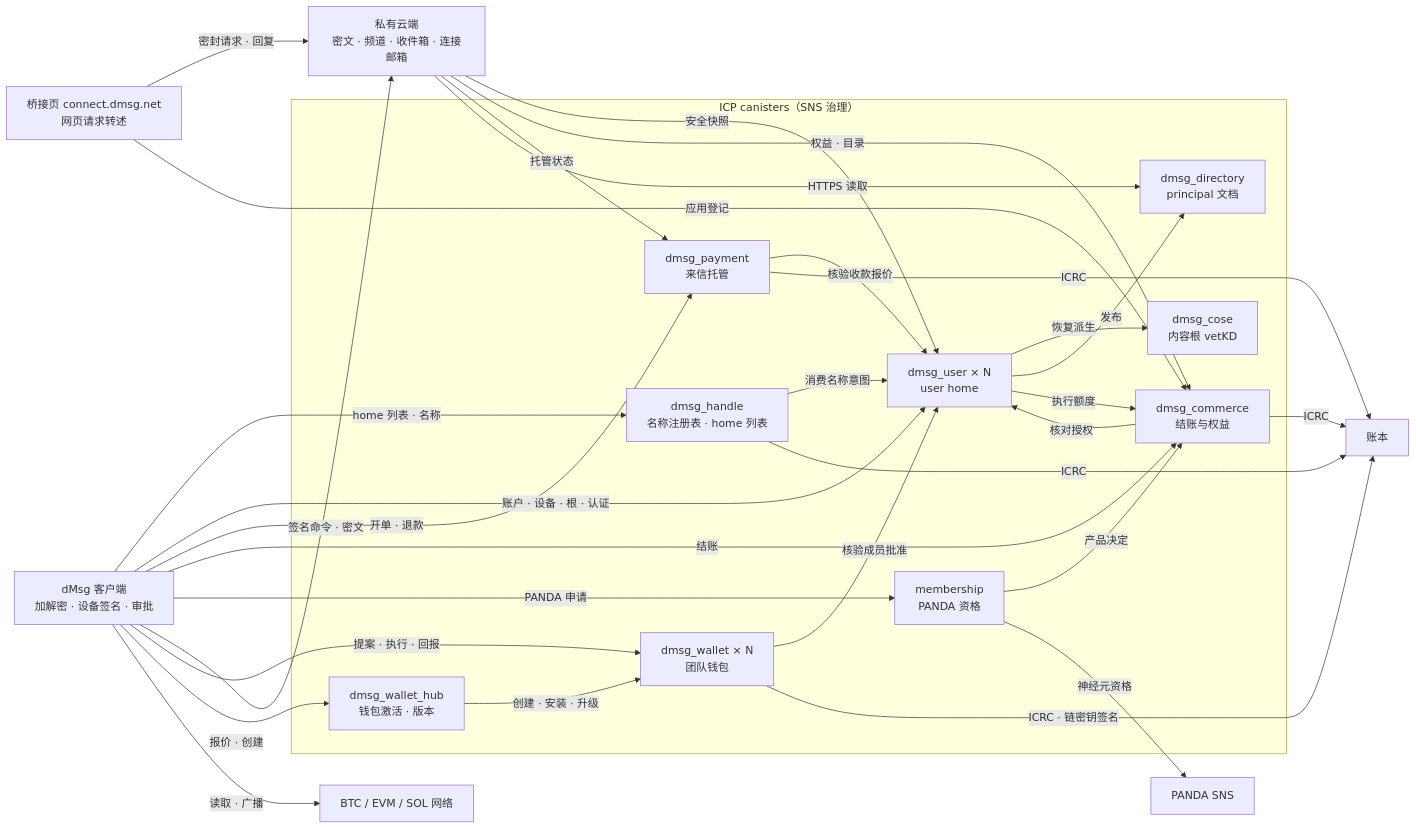
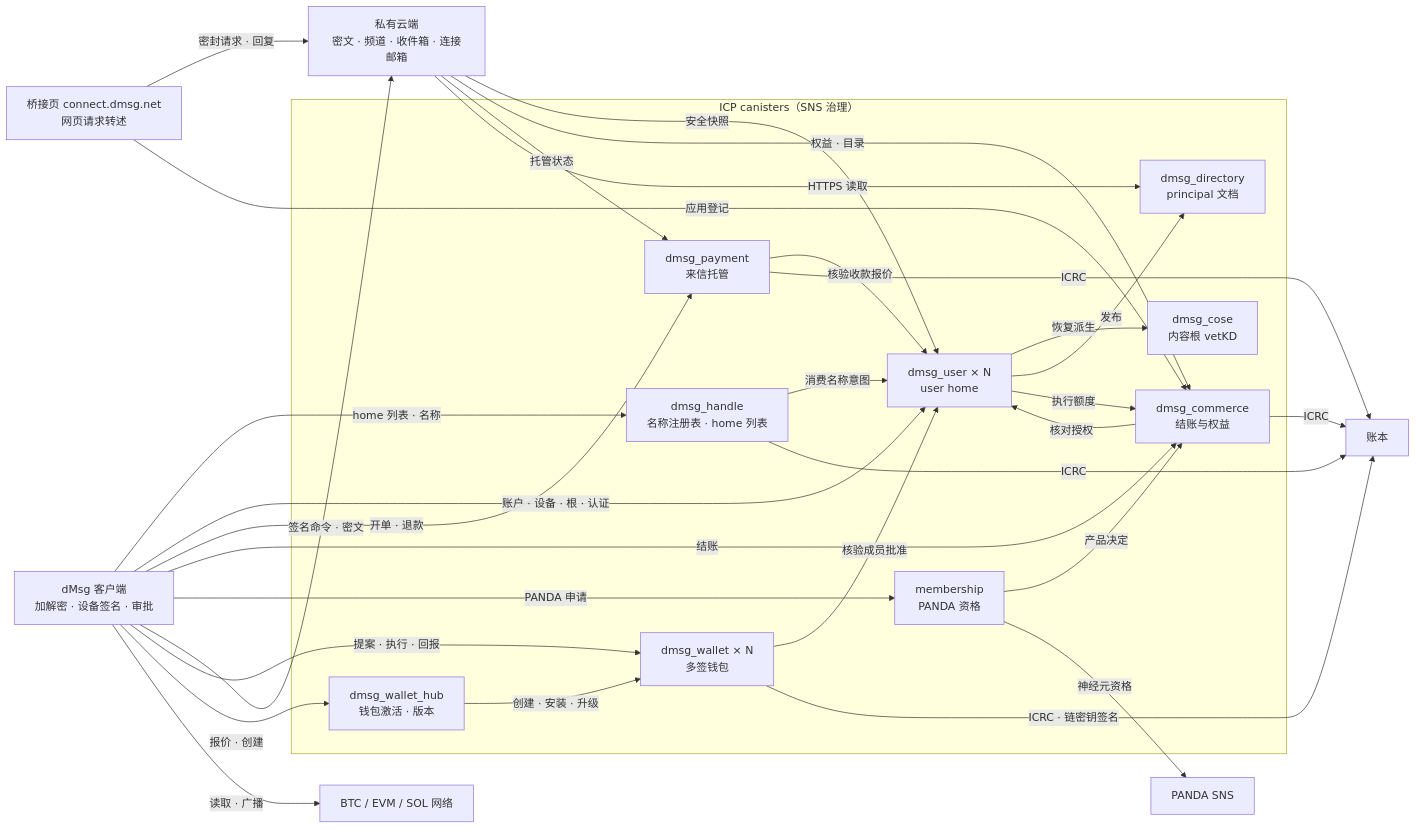
One commit to ldclabs/ic-panda changed the first of 2 diagrams in docs/dmsg_architecture_zh.md. Above: the diagram before and after it, drawn with Mermaid. The commit also changed other lines of this file and 208 other files, not shown here.

````diff
--- a/docs/dmsg_architecture_zh.md
+++ b/docs/dmsg_architecture_zh.md
@@ -30,46 +30,46 @@
 ```mermaid
 flowchart LR
   EXT["dMsg 客户端<br/>加解密 · 设备签名 · 审批"]
   BR["桥接页 connect.dmsg.net<br/>网页请求转述"]
   CLOUD["私有云端<br/>密文 · 频道 · 收件箱 · 连接邮箱"]
   subgraph ICP["ICP canisters（SNS 治理）"]
     H["dmsg_handle<br/>名称注册表 · home 列表"]
     U["dmsg_user × N<br/>user home"]
     K["dmsg_cose<br/>内容根 vetKD"]
     D["dmsg_directory<br/>principal 文档"]
     P["dmsg_payment<br/>来信托管"]
     C["dmsg_commerce<br/>结账与权益"]
     M["membership<br/>PANDA 资格"]
     WH["dmsg_wallet_hub<br/>钱包激活 · 版本"]
-    W["dmsg_wallet × N<br/>团队钱包"]
+    W["dmsg_wallet × N<br/>多签钱包"]
   end
   EXT -- "home 列表 · 名称" --> H
   EXT -- "账户 · 设备 · 根 · 认证" --> U
   EXT -- "开单 · 退款" --> P
   EXT -- "结账" --> C
   EXT -- "PANDA 申请" --> M
   EXT -- "签名命令 · 密文" --> CLOUD
   BR -- "密封请求 · 回复" --> CLOUD
   BR -- "应用登记" --> C
   CLOUD -- "安全快照" --> U
   CLOUD -- "权益 · 目录" --> C
   CLOUD -- "托管状态" --> P
   CLOUD -- "HTTPS 读取" --> D
   H -- "消费名称意图" --> U
   U -- "恢复派生" --> K
   U -- "发布" --> D
   U -- "执行额度" --> C
   P -- "核验收款报价" --> U
   C -- "核对授权" --> U
   M -- "产品决定" --> C
   M -- "神经元资格" --> SNS["PANDA SNS"]
   H -- "ICRC" --> L["账本"]
   P -- "ICRC" --> L
   C -- "ICRC" --> L
   EXT -- "提案 · 执行 · 回报" --> W
   EXT -- "报价 · 创建" --> WH
   WH -- "创建 · 安装 · 升级" --> W
   W -- "核验成员批准" --> U
   W -- "ICRC · 链密钥签名" --> L
   EXT -- "读取 · 广播" --> X["BTC / EVM / SOL 网络"]
 ```
````
